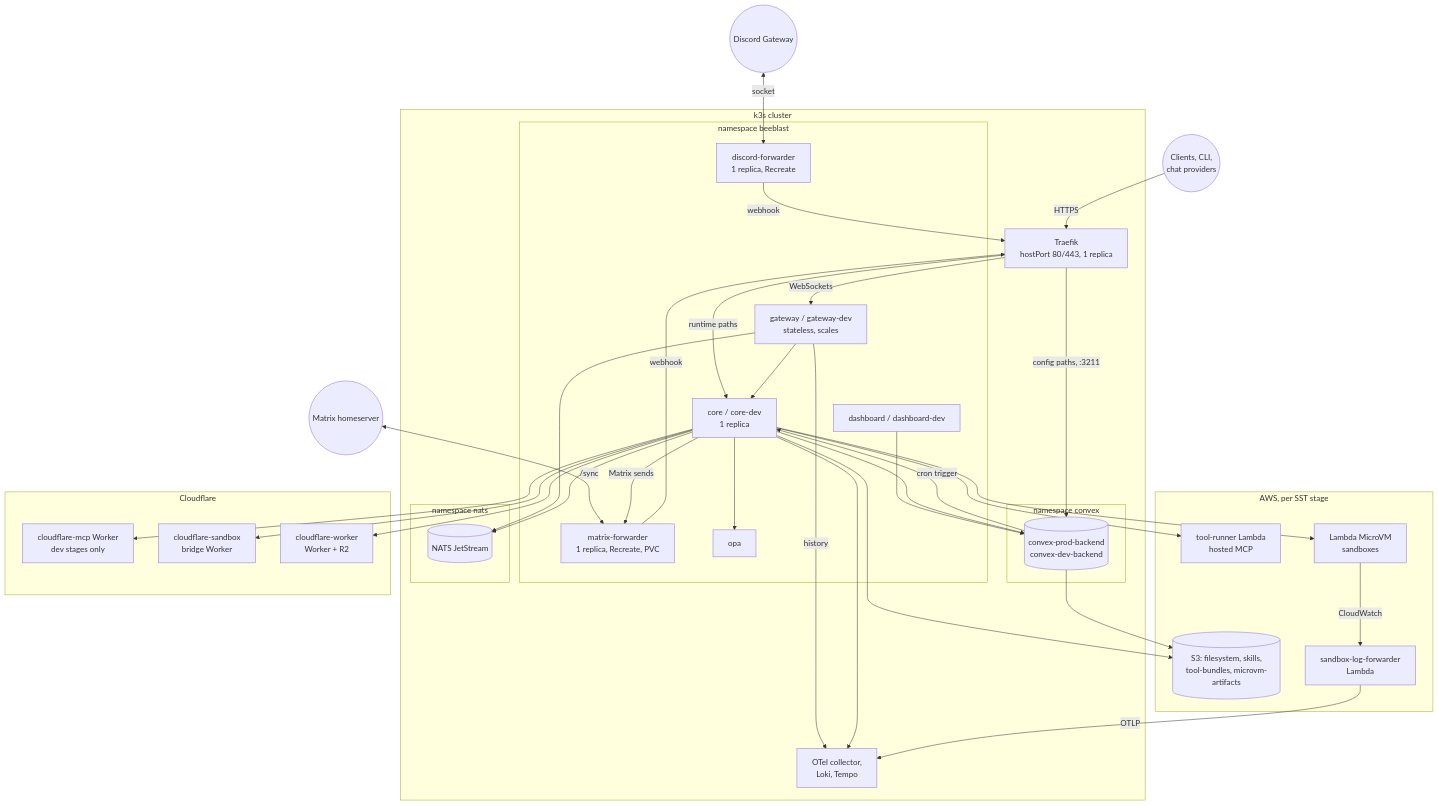
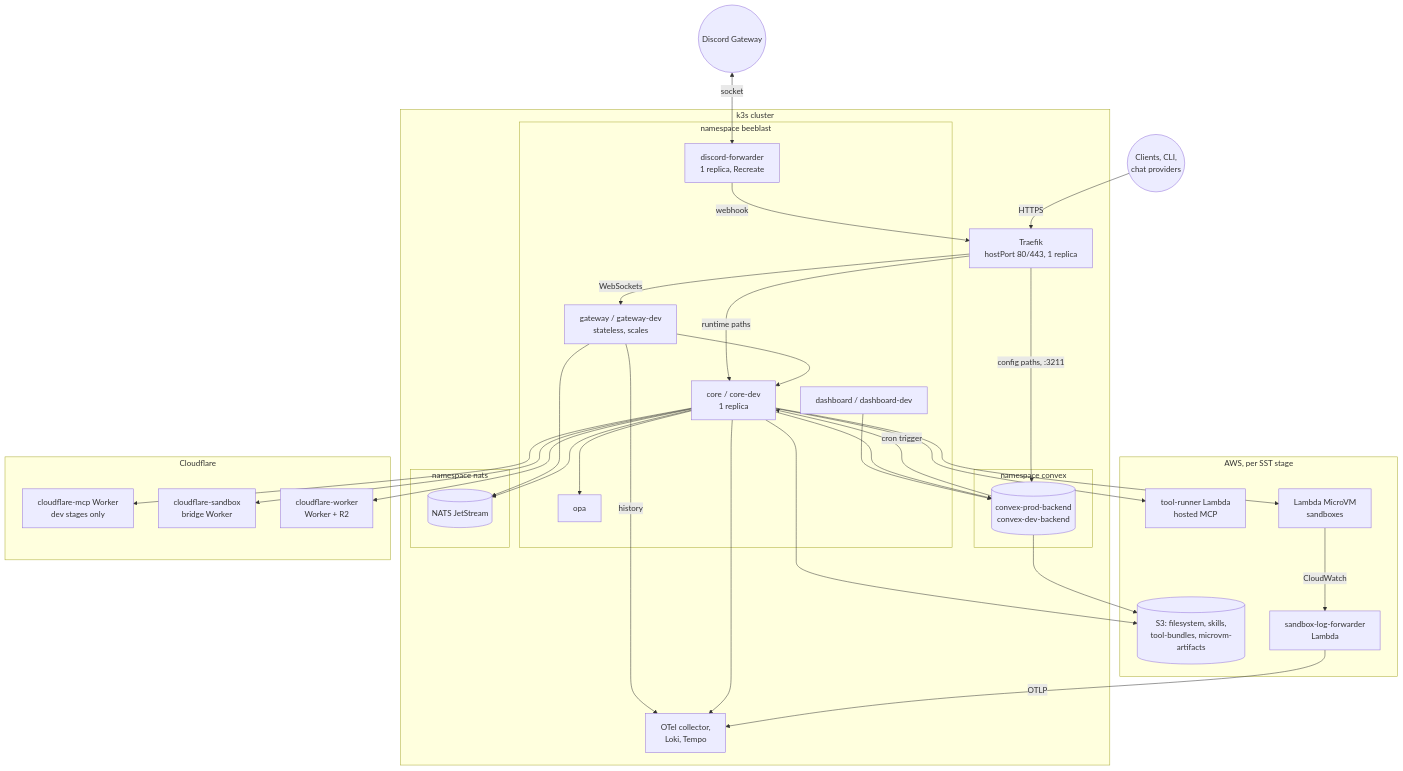
The first of 8 diagrams in apps/docs/docs/internals/operations.md (beeblastco/broods), drawn with Mermaid before and after one commit. The commit also changed other lines of this file and 77 other files, not shown here.

First line of the commit message:
chore!: remove the Matrix channel and apps/matrix-forwarder

````diff
--- a/apps/docs/docs/internals/operations.md
+++ b/apps/docs/docs/internals/operations.md
@@ -9,66 +9,61 @@
 ```mermaid
 flowchart TB
   Users(("Clients, CLI,<br/>chat providers"))
   DiscordGW((Discord Gateway))
-  Homeserver((Matrix homeserver))
 
   subgraph k3s["k3s cluster"]
     Traefik["Traefik<br/>hostPort 80/443, 1 replica"]
     subgraph beeblast["namespace beeblast"]
       Gateway["gateway / gateway-dev<br/>stateless, scales"]
       Core["core / core-dev<br/>1 replica"]
       Dashboard["dashboard / dashboard-dev"]
       DFwd["discord-forwarder<br/>1 replica, Recreate"]
-      MFwd["matrix-forwarder<br/>1 replica, Recreate, PVC"]
       OPA["opa"]
     end
     subgraph convexns["namespace convex"]
       Convex[("convex-prod-backend<br/>convex-dev-backend")]
     end
     subgraph natsns["namespace nats"]
       NATS[("NATS JetStream")]
     end
     Obs["OTel collector,<br/>Loki, Tempo"]
   end
 
   subgraph AWS["AWS, per SST stage"]
     S3[("S3: filesystem, skills,<br/>tool-bundles, microvm-artifacts")]
     ToolRunner["tool-runner Lambda<br/>hosted MCP"]
     MicroVM["Lambda MicroVM<br/>sandboxes"]
     LogFwd["sandbox-log-forwarder<br/>Lambda"]
   end
 
   subgraph CF["Cloudflare"]
     McpWorker["cloudflare-mcp Worker<br/>dev stages only"]
     SbxWorker["cloudflare-sandbox<br/>bridge Worker"]
     IsoWorker["cloudflare-worker<br/>Worker + R2"]
   end
 
   Users -->|HTTPS| Traefik
   Traefik -->|runtime paths| Core
   Traefik -->|"config paths, :3211"| Convex
   Traefik -->|WebSockets| Gateway
   Gateway --> Core
   Gateway --> NATS
   Gateway -->|history| Obs
   Dashboard --> Convex
   Core --> Convex
   Core --> NATS
   Core --> OPA
   Core --> Obs
   Convex -->|cron trigger| Core
   Core --> S3
   Core --> ToolRunner
   Core --> MicroVM
   Core --> McpWorker
   Core --> SbxWorker
   Core --> IsoWorker
   Convex --> S3
   MicroVM -->|CloudWatch| LogFwd
   LogFwd -->|OTLP| Obs
   DiscordGW <-->|socket| DFwd
-  Homeserver <-->|"/sync"| MFwd
   DFwd -->|webhook| Traefik
-  MFwd -->|webhook| Traefik
-  Core -->|Matrix sends| MFwd
 ```
````
